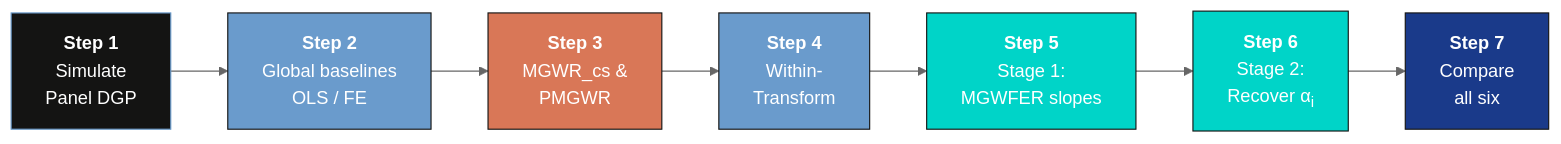
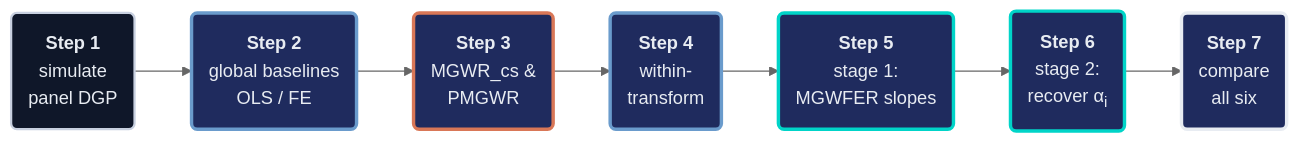
Before and after one commit to cmg777/starter-academic-v501: the first of 2 diagrams in content/post/python_mgwrfer/references/tutorial.qmd, drawn with Mermaid (neutral theme). The commit also changed other lines of this file and 42 other files, not shown here.

First line of the commit message:
content(mermaid): restyle Mermaid copies in tutorial sources and the LaLonde slide deck

````diff
--- a/content/post/python_mgwrfer/references/tutorial.qmd
+++ b/content/post/python_mgwrfer/references/tutorial.qmd
@@ -65,17 +65,19 @@
 ```{mermaid}
 graph LR
-    A["<b>Step 1</b><br/>Simulate<br/>Panel DGP"] --> G["<b>Step 2</b><br/>Global baselines<br/>OLS / FE"]
-    G --> B["<b>Step 3</b><br/>MGWR_cs &amp;<br/>PMGWR"]
-    B --> C["<b>Step 4</b><br/>Within-<br/>Transform"]
-    C --> D["<b>Step 5</b><br/>Stage 1:<br/>MGWFER slopes"]
-    D --> F["<b>Step 6</b><br/>Stage 2:<br/>Recover &alpha;<sub>i</sub>"]
-    F --> E["<b>Step 7</b><br/>Compare<br/>all six"]
-
-    style A fill:#141413,stroke:#6a9bcc,color:#fff
-    style G fill:#6a9bcc,stroke:#141413,color:#fff
-    style B fill:#d97757,stroke:#141413,color:#fff
-    style C fill:#6a9bcc,stroke:#141413,color:#fff
-    style D fill:#00d4c8,stroke:#141413,color:#fff
-    style F fill:#00d4c8,stroke:#141413,color:#fff
-    style E fill:#1a3a8a,stroke:#141413,color:#fff
+    A("<b>Step 1</b><br/>simulate<br/>panel DGP") --> G("<b>Step 2</b><br/>global baselines<br/>OLS / FE")
+    G --> B("<b>Step 3</b><br/>MGWR_cs &amp;<br/>PMGWR")
+    B --> C("<b>Step 4</b><br/>within-<br/>transform")
+    C --> D("<b>Step 5</b><br/>stage 1:<br/>MGWFER slopes")
+    D --> F("<b>Step 6</b><br/>stage 2:<br/>recover &alpha;<sub>i</sub>")
+    F --> E("<b>Step 7</b><br/>compare<br/>all six")
+    classDef anchor fill:#0f1729,stroke:#c8d0e0,stroke-width:2px,color:#e8ecf2
+    classDef blue fill:#1f2b5e,stroke:#6a9bcc,stroke-width:3px,color:#e8ecf2
+    classDef orange fill:#1f2b5e,stroke:#d97757,stroke-width:3px,color:#e8ecf2
+    classDef teal fill:#1f2b5e,stroke:#00d4c8,stroke-width:3px,color:#e8ecf2
+    classDef key fill:#1f2b5e,stroke:#e8ecf2,stroke-width:3px,color:#e8ecf2
+    class A anchor
+    class G,C blue
+    class B orange
+    class D,F teal
+    class E key
 ```
````
